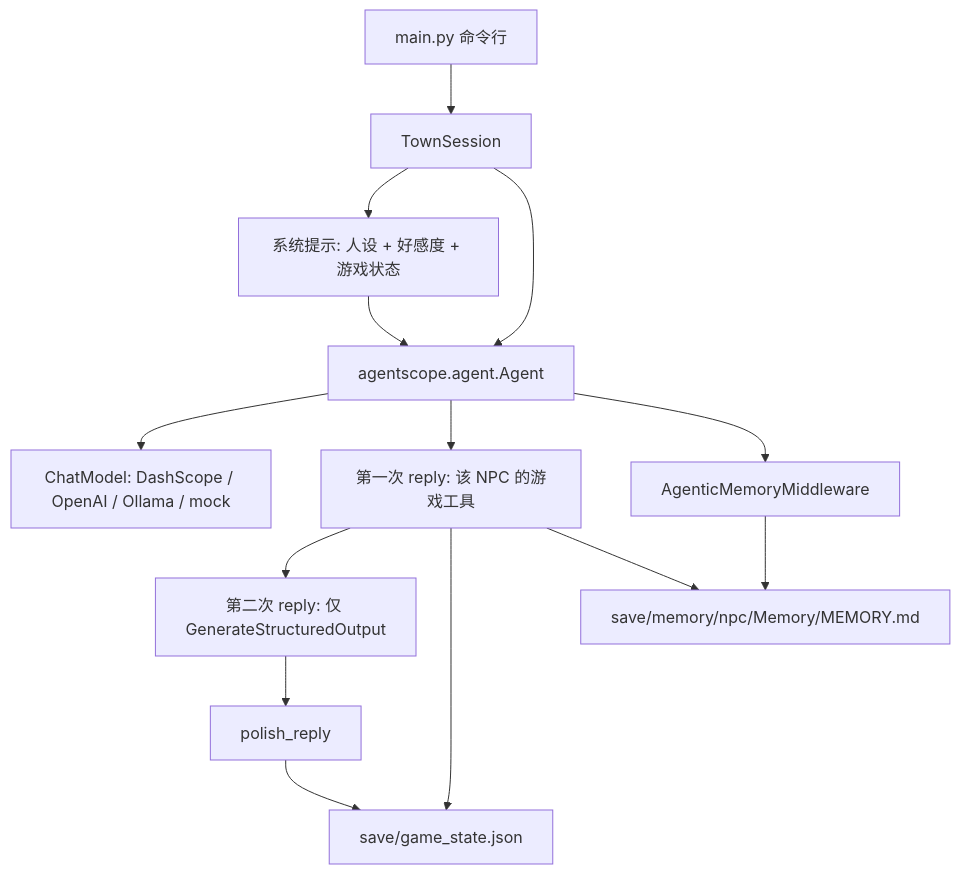
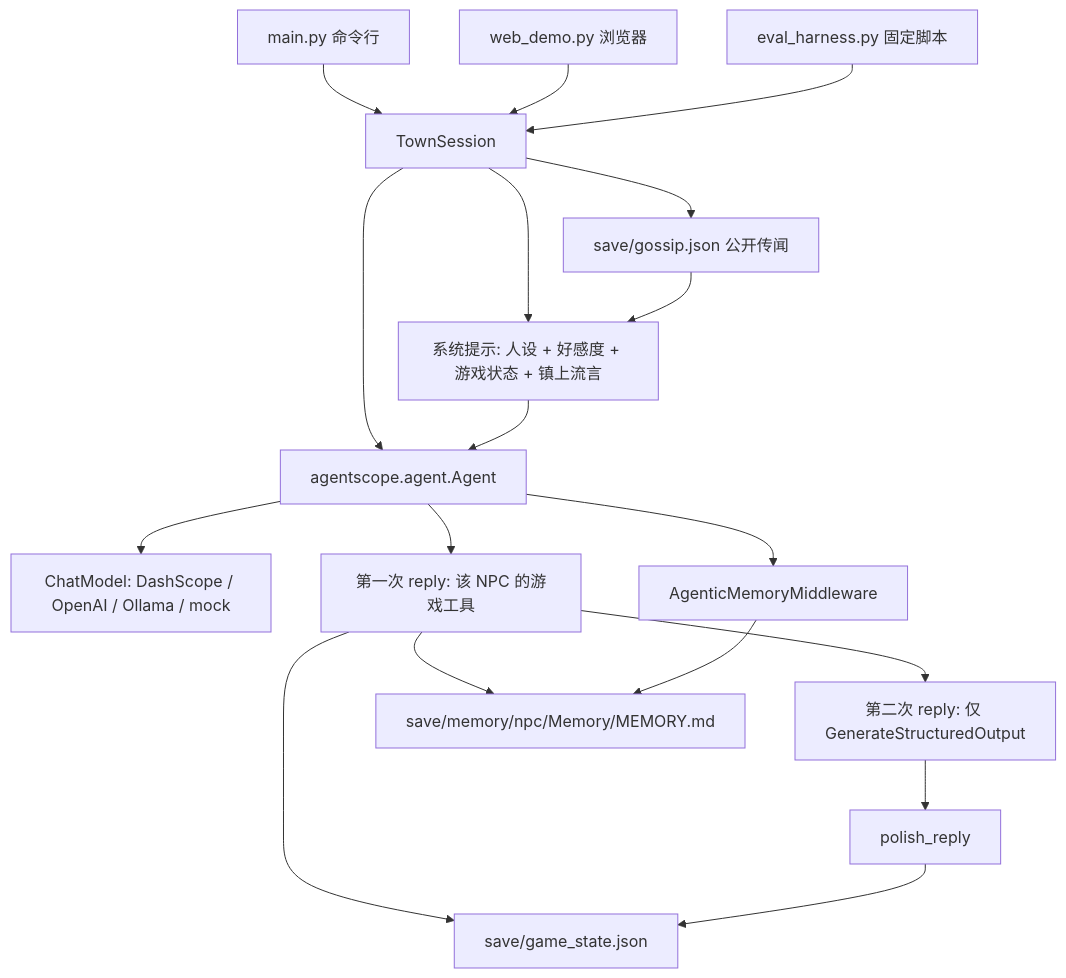
The diagram in games/game_npc_dialogue/TECHNICAL_NOTES_zh.md (JOrangsepha/agentscope-samples), drawn with Mermaid before and after one commit. The commit also changed other lines of this file and 14 other files, not shown here.

First line of the commit message:
Add: eval harness, shared gossip, and a web demo

````diff
--- a/games/game_npc_dialogue/TECHNICAL_NOTES_zh.md
+++ b/games/game_npc_dialogue/TECHNICAL_NOTES_zh.md
@@ -19,16 +22,20 @@
 ```mermaid
 flowchart TD
     CLI["main.py 命令行"] --> Session["TownSession"]
-    Session --> Prompt["系统提示: 人设 + 好感度 + 游戏状态"]
+    Web["web_demo.py 浏览器"] --> Session
+    Eval["eval_harness.py 固定脚本"] --> Session
+    Session --> Prompt["系统提示: 人设 + 好感度 + 游戏状态 + 镇上流言"]
     Session --> Agent["agentscope.agent.Agent"]
     Prompt --> Agent
     Agent --> Model["ChatModel: DashScope / OpenAI / Ollama / mock"]
     Agent --> Act["第一次 reply: 该 NPC 的游戏工具"]
     Act --> Speak["第二次 reply: 仅 GenerateStructuredOutput"]
     Agent --> Memory["AgenticMemoryMiddleware"]
     Act --> Save["save/game_state.json"]
     Act --> Notes["save/memory/npc/Memory/MEMORY.md"]
+    Session --> Gossip["save/gossip.json 公开传闻"]
     Memory --> Notes
+    Gossip --> Prompt
     Speak --> Polish["polish_reply"]
     Polish --> Save
 ```
````
